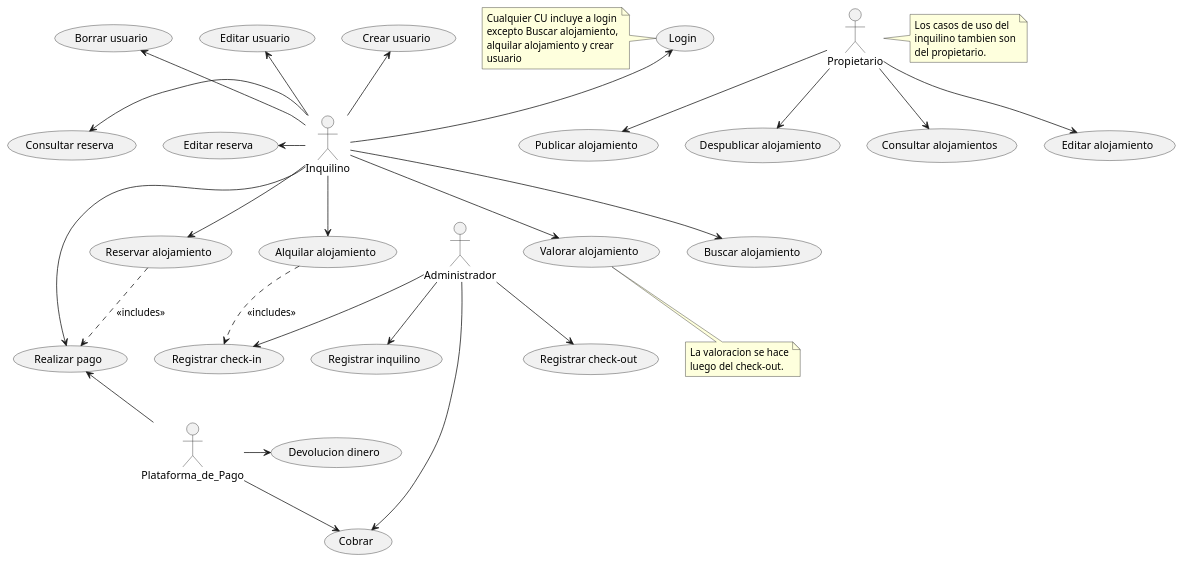
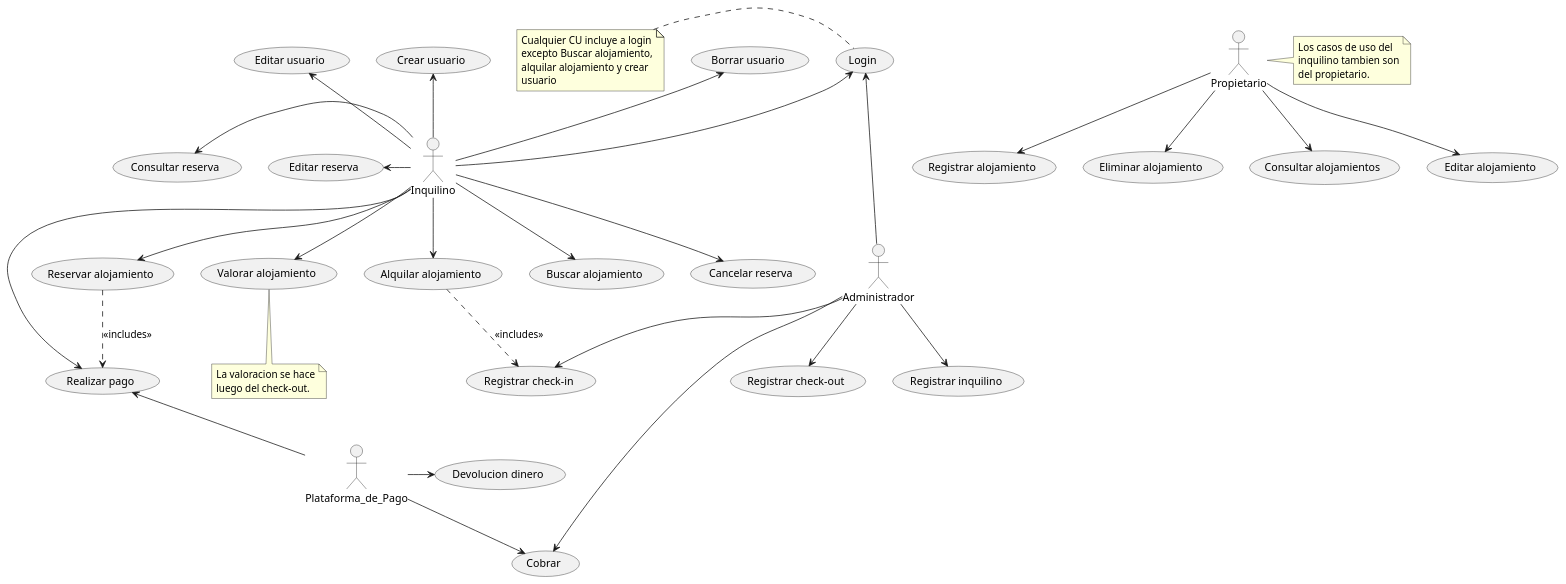
Before and after one commit to franciscolmos/IS1-EasyHome: the diagram in Diagrama_CU/Diagrama_CU.puml, drawn with PlantUML. The commit also changed 7 other files, not shown here.

```diff
--- a/Diagrama_CU/Diagrama_CU.puml
+++ b/Diagrama_CU/Diagrama_CU.puml
@@ -1,53 +1,55 @@
 @startuml Diagrama_CU
 actor Inquilino
 Inquilino -up-> (Crear usuario)
 Inquilino -up-> (Editar usuario)
 Inquilino -up-> (Borrar usuario)
 Inquilino -up-> (Login)
 Inquilino -left-> (Consultar reserva)
 Inquilino -left-> (Editar reserva)
 Inquilino -down-> (Valorar alojamiento)
 Inquilino -down-> (Buscar alojamiento)
 Inquilino -down-> (Alquilar alojamiento)
 Inquilino -down-> (Reservar alojamiento)
 Inquilino -right-> (Realizar pago)
+Inquilino --> (Cancelar reserva)
 
 (Alquilar alojamiento) ..> (Registrar check-in) : <<includes>>
 (Reservar alojamiento) ..> (Realizar pago): <<includes>>
 
 actor Propietario
-Propietario --> (Publicar alojamiento)
-Propietario --> (Despublicar alojamiento)
+Propietario --> (Registrar alojamiento)
+Propietario --> (Eliminar alojamiento)
 Propietario --> (Consultar alojamientos)
 Propietario --> (Editar alojamiento)
 
 actor Administrador
 Administrador --> (Registrar check-in)
 Administrador --> (Registrar check-out)
 Administrador --> (Registrar inquilino)
 Administrador --> (Cobrar)
+Administrador -up-> (Login)
 
 actor Plataforma_de_Pago
 Plataforma_de_Pago -up-> (Realizar pago)
 Plataforma_de_Pago -right-> (Devolucion dinero)
 Plataforma_de_Pago --> (Cobrar)
 
 note right of (Propietario)
   Los casos de uso del
   inquilino tambien son
   del propietario. 
 end note
 
 note bottom of (Valorar alojamiento)
   La valoracion se hace
   luego del check-out.
 end note
 
 note left of (Login)
   Cualquier CU incluye a login
   excepto Buscar alojamiento,
   alquilar alojamiento y crear
   usuario
 end note
 
 @enduml
```
